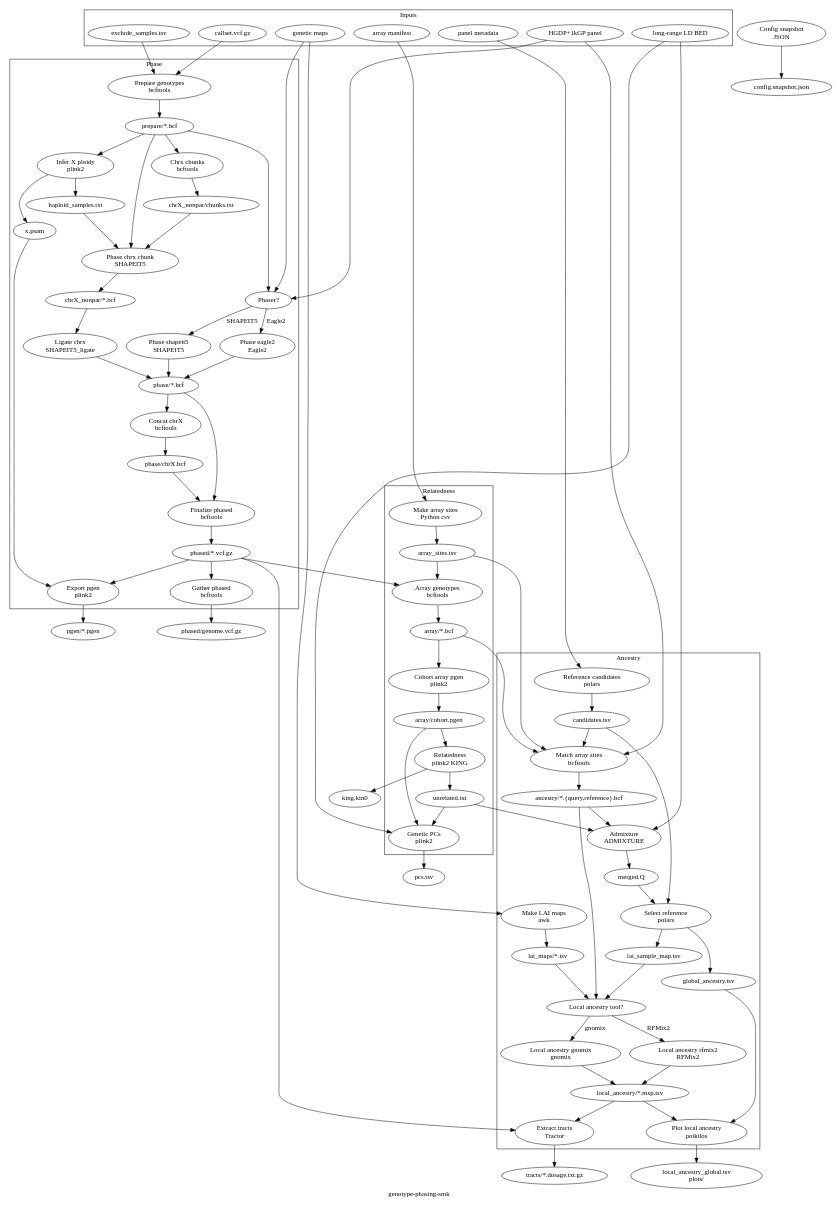
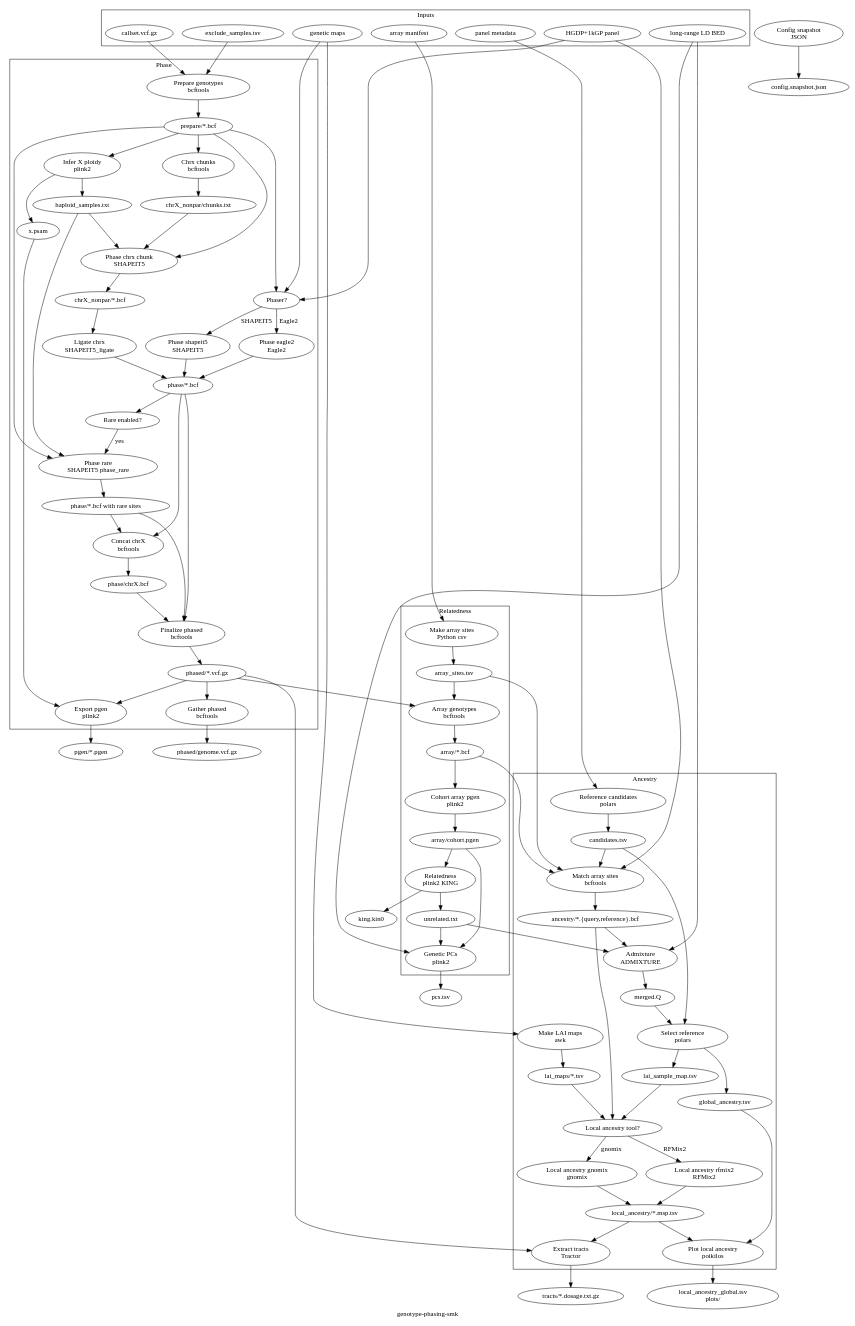
The diagram in docs/workflow.gv (ramirc0/genotype-phasing-smk), drawn with Graphviz before and after one commit. The commit also changed 19 other files, not shown here.

Commit message:
Add optional rare-variant phasing with SHAPEIT5 phase_rare

```diff
--- a/docs/workflow.gv
+++ b/docs/workflow.gv
@@ -1,158 +1,168 @@
 // genotype-phasing-smk rule graph. Structure only; the style adds every visual.
 // Render: just -f ~/.claude/skills/graphviz-dot-theme/justfile render workflow.gv snakemake {TB,LR} {png,svg} files
 digraph workflow {
   label = "genotype-phasing-smk"
 
   subgraph cluster_inputs {
     label = "Inputs"
     callset  [class = data, label = "callset.vcf.gz"]
     exclude  [class = data, label = "exclude_samples.tsv"]
     panel    [class = data, label = "HGDP+1kGP panel"]
     maps     [class = data, label = "genetic maps"]
     manifest [class = data, label = "array manifest"]
     ld       [class = data, label = "long-range LD BED"]
     metadata [class = data, label = "panel metadata"]
   }
 
   subgraph cluster_phase {
     label = "Phase"
     prepare_genotypes [class = step, label = "Prepare genotypes\nbcftools"]
     infer_x_ploidy    [class = step, label = "Infer X ploidy\nplink2"]
     which_phaser      [class = decision, label = "Phaser?"]
     phase_shapeit5    [class = step, label = "Phase shapeit5\nSHAPEIT5"]
     phase_eagle2      [class = step, label = "Phase eagle2\nEagle2"]
     chrx_chunks       [class = step, label = "Chrx chunks\nbcftools"]
     phase_chrx_chunk  [class = step, label = "Phase chrx chunk\nSHAPEIT5"]
     ligate_chrx       [class = step, label = "Ligate chrx\nSHAPEIT5_ligate"]
     chunk_spans       [class = data, label = "chrX_nonpar/chunks.txt"]
     chunk_bcf         [class = data, label = "chrX_nonpar/*.bcf"]
+    rare_q            [class = decision, label = "Rare enabled?"]
+    phase_rare        [class = step, label = "Phase rare\nSHAPEIT5 phase_rare"]
+    rare_regions      [class = data, label = "phase/*.bcf with rare sites"]
     concat_chrx       [class = step, label = "Concat chrX\nbcftools"]
     finalize_phased   [class = step, label = "Finalize phased\nbcftools"]
     export_pgen       [class = step, label = "Export pgen\nplink2"]
     gather_phased     [class = step, label = "Gather phased\nbcftools"]
     prepared          [class = data, label = "prepare/*.bcf"]
     haploids          [class = data, label = "haploid_samples.txt"]
     x_psam            [class = data, label = "x.psam"]
     phased_regions    [class = data, label = "phase/*.bcf"]
     phased_chrx       [class = data, label = "phase/chrX.bcf"]
     phased            [class = data, label = "phased/*.vcf.gz"]
   }
 
   subgraph cluster_relatedness {
     label = "Relatedness"
     make_array_sites  [class = step, label = "Make array sites\nPython csv"]
     array_genotypes   [class = step, label = "Array genotypes\nbcftools"]
     cohort_array_pgen [class = step, label = "Cohort array pgen\nplink2"]
     relatedness       [class = step, label = "Relatedness\nplink2 KING"]
     genetic_pcs       [class = step, label = "Genetic PCs\nplink2"]
     array_sites       [class = data, label = "array_sites.tsv"]
     array_bcf         [class = data, label = "array/*.bcf"]
     cohort_pgen       [class = data, label = "array/cohort.pgen"]
     unrelated         [class = data, label = "unrelated.txt"]
   }
 
   subgraph cluster_ancestry {
     label = "Ancestry"
     reference_candidates  [class = step, label = "Reference candidates\npolars"]
     match_array_sites     [class = step, label = "Match array sites\nbcftools"]
     make_lai_maps         [class = step, label = "Make LAI maps\nawk"]
     admixture             [class = step, label = "Admixture\nADMIXTURE"]
     select_reference      [class = step, label = "Select reference\npolars"]
     which_tool            [class = decision, label = "Local ancestry tool?"]
     local_ancestry_rfmix2 [class = step, label = "Local ancestry rfmix2\nRFMix2"]
     local_ancestry_gnomix [class = step, label = "Local ancestry gnomix\ngnomix"]
     extract_tracts        [class = step, label = "Extract tracts\nTractor"]
     plot_local_ancestry   [class = step, label = "Plot local ancestry\npoikilos"]
     candidates            [class = data, label = "candidates.tsv"]
     matched               [class = data, label = "ancestry/*.{query,reference}.bcf"]
     lai_maps              [class = data, label = "lai_maps/*.tsv"]
     admixture_q           [class = data, label = "merged.Q"]
     sample_map            [class = data, label = "lai_sample_map.tsv"]
     global_ancestry       [class = data, label = "global_ancestry.tsv"]
     msp                   [class = data, label = "local_ancestry/*.msp.tsv"]
   }
 
   config_snapshot [class = step, label = "Config snapshot\nJSON"]
 
   snapshot_json [class = result, label = "config.snapshot.json"]
   pgen          [class = result, label = "pgen/*.pgen"]
   genome_vcf    [class = result, label = "phased/genome.vcf.gz"]
   kin0          [class = result, label = "king.kin0"]
   pcs           [class = result, label = "pcs.tsv"]
   tracts        [class = result, label = "tracts/*.dosage.txt.gz"]
   lai_global    [class = result, label = "local_ancestry_global.tsv\nplots/"]
 
   config_snapshot -> snapshot_json
 
   callset -> prepare_genotypes
   exclude -> prepare_genotypes
   prepare_genotypes -> prepared
   prepared -> infer_x_ploidy
   infer_x_ploidy -> haploids
   infer_x_ploidy -> x_psam
   prepared -> which_phaser
   which_phaser -> phase_shapeit5 [label = "SHAPEIT5"]
   which_phaser -> phase_eagle2 [label = "Eagle2"]
   prepared -> chrx_chunks -> chunk_spans
   chunk_spans -> phase_chrx_chunk
   prepared -> phase_chrx_chunk
   haploids -> phase_chrx_chunk
   phase_chrx_chunk -> chunk_bcf
   chunk_bcf -> ligate_chrx
   ligate_chrx -> phased_regions
   panel -> which_phaser
   maps -> which_phaser
   phase_shapeit5 -> phased_regions
   phase_eagle2 -> phased_regions
+  phased_regions -> rare_q
+  rare_q -> phase_rare [label = "yes"]
+  prepared -> phase_rare
+  haploids -> phase_rare
+  phase_rare -> rare_regions
+  rare_regions -> concat_chrx
+  rare_regions -> finalize_phased
   phased_regions -> concat_chrx
   concat_chrx -> phased_chrx
   phased_chrx -> finalize_phased
   phased_regions -> finalize_phased
   finalize_phased -> phased
   phased -> export_pgen
   x_psam -> export_pgen
   export_pgen -> pgen
   phased -> gather_phased -> genome_vcf
 
   manifest -> make_array_sites -> array_sites
   phased -> array_genotypes
   array_sites -> array_genotypes
   array_genotypes -> array_bcf
   array_bcf -> cohort_array_pgen -> cohort_pgen
   cohort_pgen -> relatedness
   relatedness -> kin0
   relatedness -> unrelated
   cohort_pgen -> genetic_pcs
   unrelated -> genetic_pcs
   ld -> genetic_pcs
   genetic_pcs -> pcs
 
   metadata -> reference_candidates -> candidates
   array_bcf -> match_array_sites
   array_sites -> match_array_sites
   candidates -> match_array_sites
   panel -> match_array_sites
   match_array_sites -> matched
   maps -> make_lai_maps -> lai_maps
   matched -> admixture
   unrelated -> admixture
   ld -> admixture
   admixture -> admixture_q
   admixture_q -> select_reference
   candidates -> select_reference
   select_reference -> sample_map
   select_reference -> global_ancestry
   matched -> which_tool
   sample_map -> which_tool
   lai_maps -> which_tool
   which_tool -> local_ancestry_rfmix2 [label = "RFMix2"]
   which_tool -> local_ancestry_gnomix [label = "gnomix"]
   local_ancestry_rfmix2 -> msp
   local_ancestry_gnomix -> msp
   phased -> extract_tracts
   msp -> extract_tracts
   extract_tracts -> tracts
   msp -> plot_local_ancestry
   global_ancestry -> plot_local_ancestry
   plot_local_ancestry -> lai_global
 }
```
